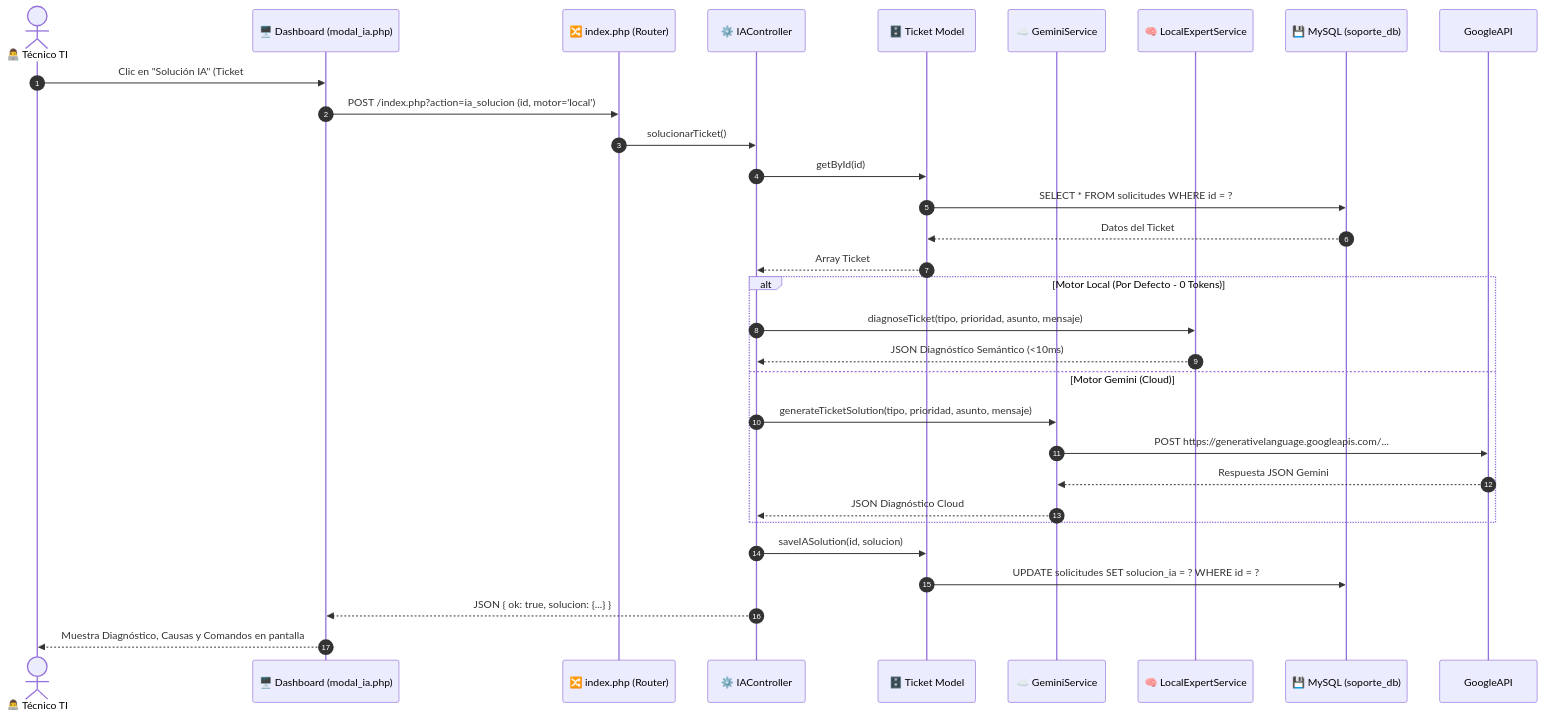
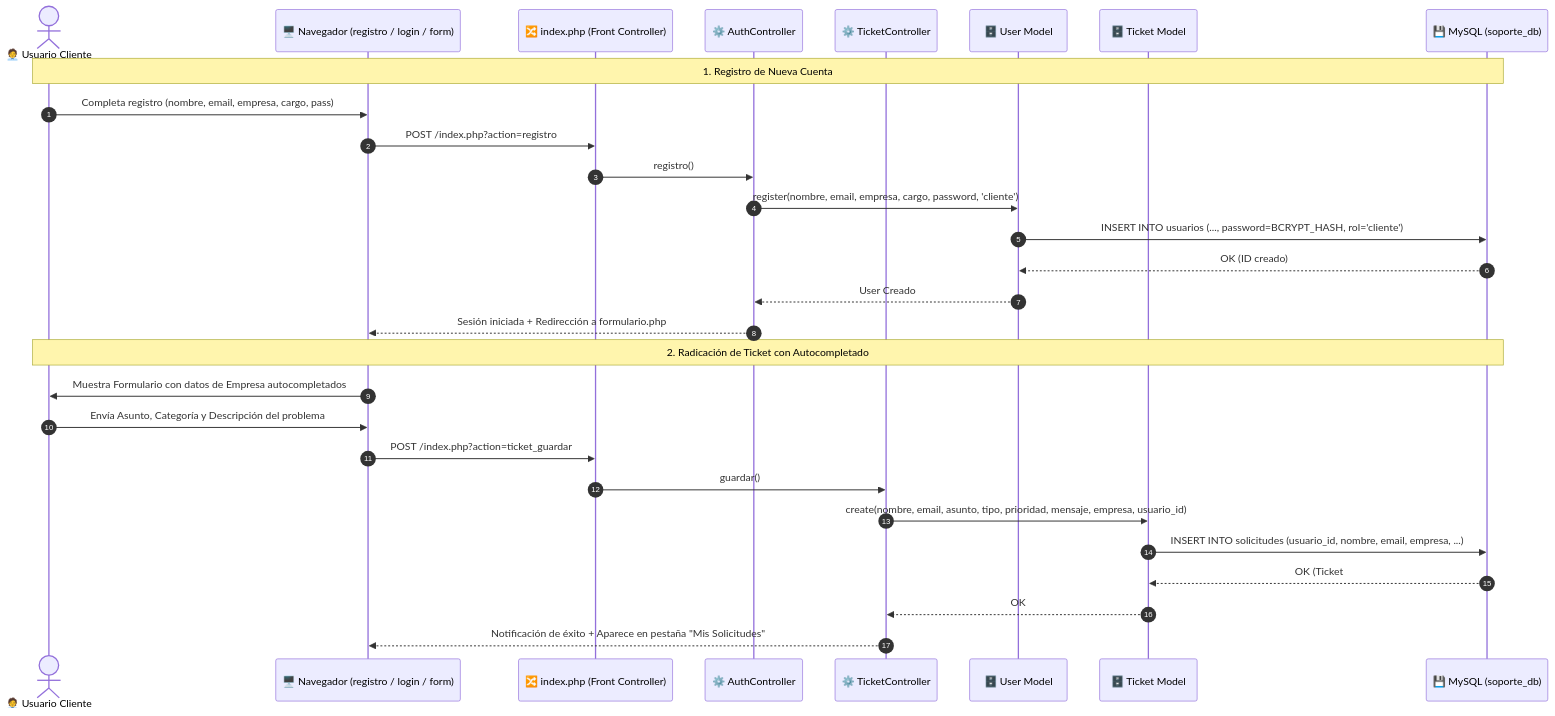
One commit to JaiderBadillo/TECHCARE---SOPORTE-TI changed the second of 2 diagrams in 02-Diseño/Diagrama_Arquitectura.md. Above: the diagram before and after it, drawn with Mermaid. The commit also changed other lines of this file, not shown here.

Commit message:
docs: actualizar diagrama de arquitectura, secuencia y DER con modulo de usuarios clientes

````diff
--- a/02-Diseño/Diagrama_Arquitectura.md
+++ b/02-Diseño/Diagrama_Arquitectura.md
@@ -96,35 +98,33 @@
 ```mermaid
 sequenceDiagram
     autonumber
-    actor Tecnico as 👨‍💻 Técnico TI
-    participant UI as 🖥️ Dashboard (modal_ia.php)
-    participant Router as 🔀 index.php (Router)
-    participant Ctrl as ⚙️ IAController
-    participant Model as 🗄️ Ticket Model
-    participant SrvGemini as ☁️ GeminiService
-    participant SrvLocal as 🧠 LocalExpertService
+    actor Cliente as 🧑‍💼 Usuario Cliente
+    participant UI as 🖥️ Navegador (registro / login / form)
+    participant Router as 🔀 index.php (Front Controller)
+    participant AuthCtrl as ⚙️ AuthController
+    participant TicketCtrl as ⚙️ TicketController
+    participant UserMdl as 🗄️ User Model
+    participant TicketMdl as 🗄️ Ticket Model
     participant BD as 💾 MySQL (soporte_db)
 
-    Tecnico->>UI: Clic en "Solución IA" (Ticket #ID)
-    UI->>Router: POST /index.php?action=ia_solucion (id, motor='local')
-    Router->>Ctrl: solucionarTicket()
-    Ctrl->>Model: getById(id)
-    Model->>BD: SELECT * FROM solicitudes WHERE id = ?
-    BD-->>Model: Datos del Ticket
-    Model-->>Ctrl: Array Ticket
+    Note over Cliente, BD: 1. Registro de Nueva Cuenta
+    Cliente->>UI: Completa registro (nombre, email, empresa, cargo, pass)
+    UI->>Router: POST /index.php?action=registro
+    Router->>AuthCtrl: registro()
+    AuthCtrl->>UserMdl: register(nombre, email, empresa, cargo, password, 'cliente')
+    UserMdl->>BD: INSERT INTO usuarios (..., password=BCRYPT_HASH, rol='cliente')
+    BD-->>UserMdl: OK (ID creado)
+    UserMdl-->>AuthCtrl: User Creado
+    AuthCtrl-->>UI: Sesión iniciada + Redirección a formulario.php
 
-    alt Motor Local (Por Defecto - 0 Tokens)
-        Ctrl->>SrvLocal: diagnoseTicket(tipo, prioridad, asunto, mensaje)
-        SrvLocal-->>Ctrl: JSON Diagnóstico Semántico (<10ms)
-    else Motor Gemini (Cloud)
-        Ctrl->>SrvGemini: generateTicketSolution(tipo, prioridad, asunto, mensaje)
-        SrvGemini->>GoogleAPI: POST https://generativelanguage.googleapis.com/...
-        GoogleAPI-->>SrvGemini: Respuesta JSON Gemini
-        SrvGemini-->>Ctrl: JSON Diagnóstico Cloud
-    end
-
-    Ctrl->>Model: saveIASolution(id, solucion)
-    Model->>BD: UPDATE solicitudes SET solucion_ia = ? WHERE id = ?
-    Ctrl-->>UI: JSON { ok: true, solucion: {...} }
-    UI-->>Tecnico: Muestra Diagnóstico, Causas y Comandos en pantalla
+    Note over Cliente, BD: 2. Radicación de Ticket con Autocompletado
+    UI->>Cliente: Muestra Formulario con datos de Empresa autocompletados
+    Cliente->>UI: Envía Asunto, Categoría y Descripción del problema
+    UI->>Router: POST /index.php?action=ticket_guardar
+    Router->>TicketCtrl: guardar()
+    TicketCtrl->>TicketMdl: create(nombre, email, asunto, tipo, prioridad, mensaje, empresa, usuario_id)
+    TicketMdl->>BD: INSERT INTO solicitudes (usuario_id, nombre, email, empresa, ...)
+    BD-->>TicketMdl: OK (Ticket #ID)
+    TicketMdl-->>TicketCtrl: OK
+    TicketCtrl-->>UI: Notificación de éxito + Aparece en pestaña "Mis Solicitudes"
 ```
````
